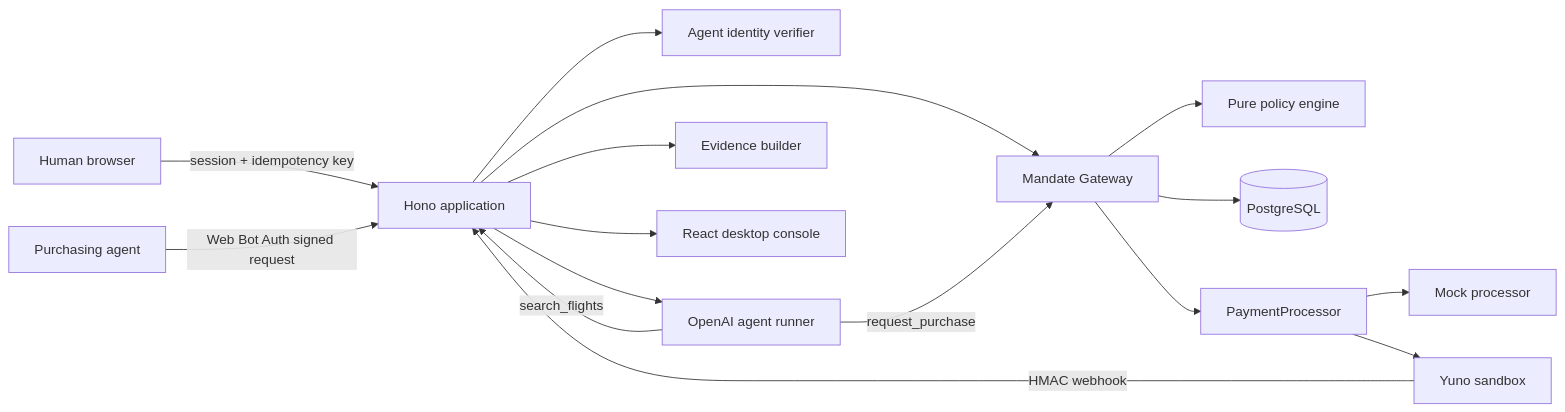
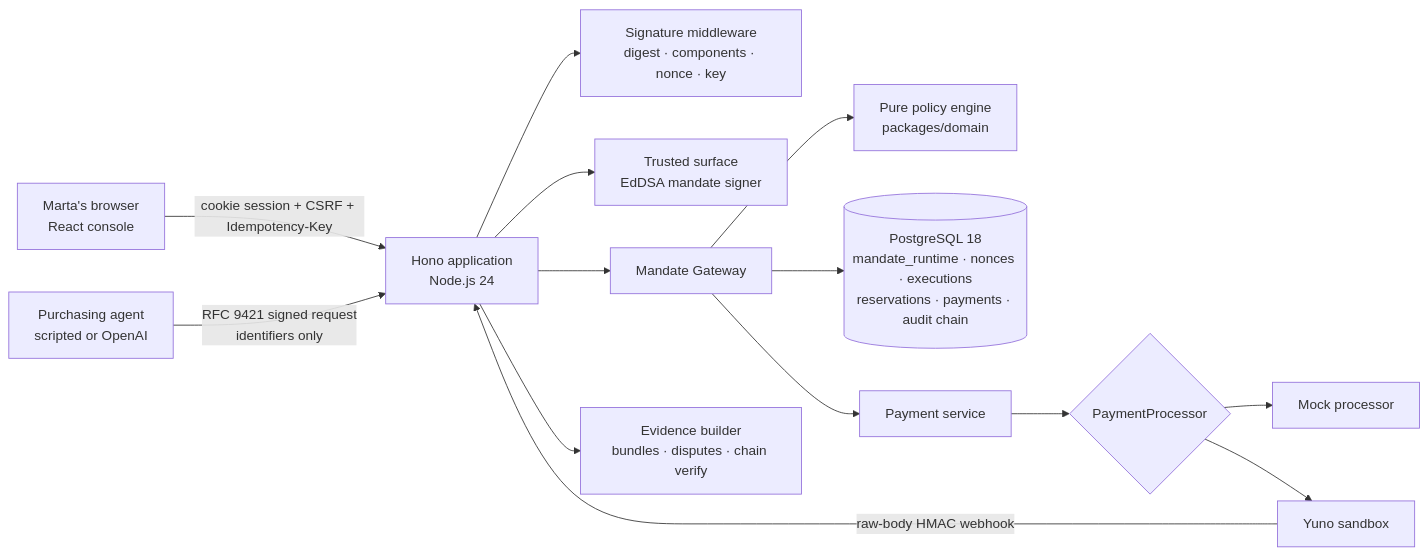
The first of 4 diagrams in docs/architecture.md (r0bops/Authera), drawn with Mermaid before and after one commit. The commit also changed other lines of this file and 4 other files, not shown here.

First line of the commit message:
docs: README, architecture, threat model, demo runbook, Railway config

````diff
--- a/docs/architecture.md
+++ b/docs/architecture.md
@@ -8,18 +5,16 @@
 ```mermaid
 flowchart LR
-  H[Human browser] -->|session + idempotency key| API[Hono application]
-  A[Purchasing agent] -->|Web Bot Auth signed request| API
-  API --> ID[Agent identity verifier]
+  H[Marta's browser<br/>React console] -->|cookie session + CSRF + Idempotency-Key| API[Hono application<br/>Node.js 24]
+  A[Purchasing agent<br/>scripted or OpenAI] -->|RFC 9421 signed request<br/>identifiers only| API
+  API --> SIG[Signature middleware<br/>digest · components · nonce · key]
+  API --> TS[Trusted surface<br/>EdDSA mandate signer]
   API --> MG[Mandate Gateway]
-  MG --> PE[Pure policy engine]
-  MG --> DB[(PostgreSQL)]
-  MG --> PP[PaymentProcessor]
-  PP --> MP[Mock processor]
-  PP --> Y[Yuno sandbox]
-  API --> OA[OpenAI agent runner]
-  OA -->|search_flights| API
-  OA -->|request_purchase| MG
-  Y -->|HMAC webhook| API
-  API --> AUD[Evidence builder]
-  API --> WEB[React desktop console]
+  MG --> PE[Pure policy engine<br/>packages/domain]
+  MG --> DB[(PostgreSQL 18<br/>mandate_runtime · nonces · executions<br/>reservations · payments · audit chain)]
+  MG --> PAY[Payment service]
+  PAY --> PP{PaymentProcessor}
+  PP --> MOCK[Mock processor]
+  PP --> YUNO[Yuno sandbox]
+  YUNO -->|raw-body HMAC webhook| API
+  API --> EV[Evidence builder<br/>bundles · disputes · chain verify]
 ```
````
